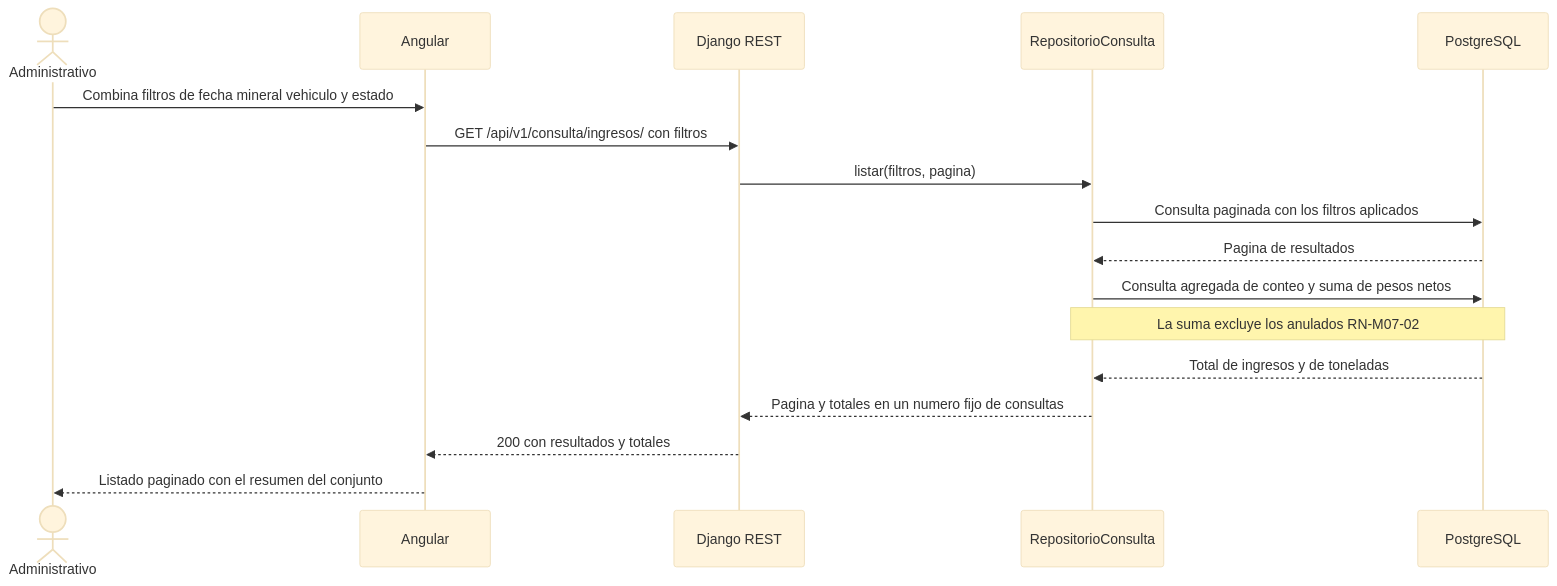
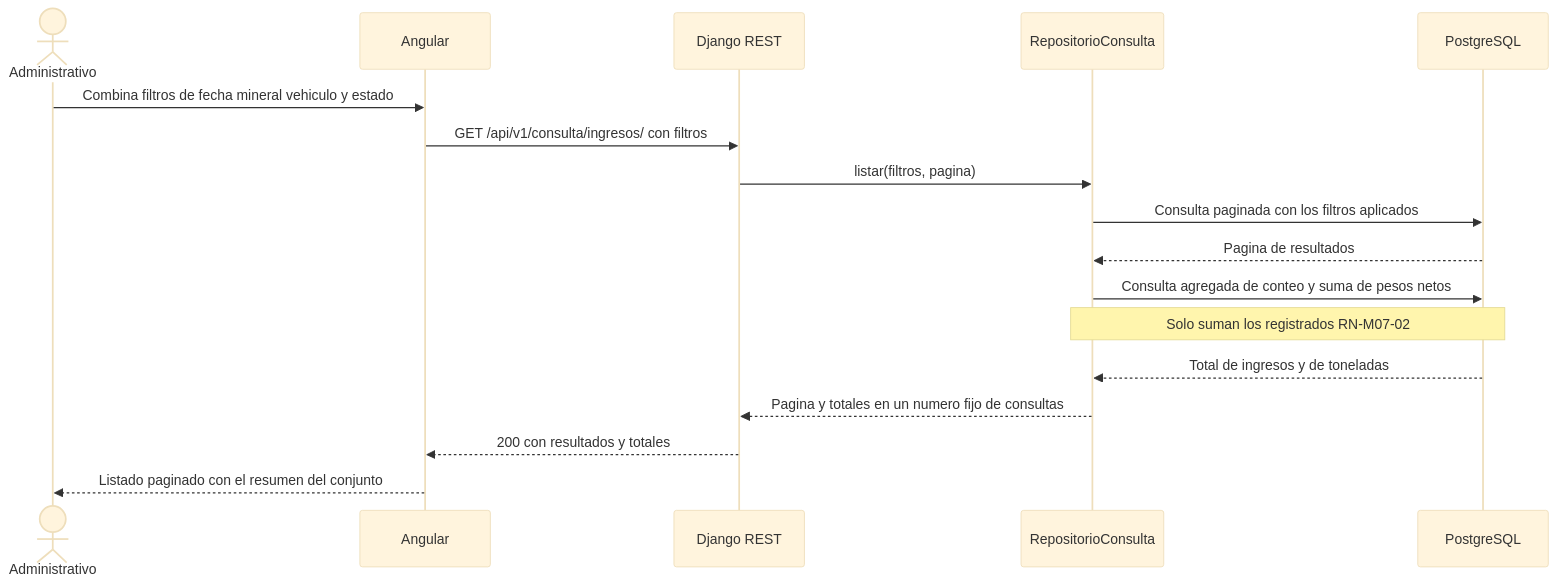
One commit to adlerOmonte1/LogisticaMinera changed the third of 3 diagrams in docs/modulos/M07-consulta/diagramas/secuencia.md. Above: the diagram before and after it, drawn with Mermaid (base theme). The commit also changed 91 other files, not shown here.

````diff
--- a/docs/modulos/M07-consulta/diagramas/secuencia.md
+++ b/docs/modulos/M07-consulta/diagramas/secuencia.md
@@ -81,20 +81,20 @@
 ```mermaid
 sequenceDiagram
     actor A as Administrativo
     participant NG as Angular
     participant API as Django REST
     participant REP as RepositorioConsulta
     participant DB as PostgreSQL
 
     A->>NG: Combina filtros de fecha mineral vehiculo y estado
     NG->>API: GET /api/v1/consulta/ingresos/ con filtros
     API->>REP: listar(filtros, pagina)
     REP->>DB: Consulta paginada con los filtros aplicados
     DB-->>REP: Pagina de resultados
     REP->>DB: Consulta agregada de conteo y suma de pesos netos
-    Note over REP,DB: La suma excluye los anulados RN-M07-02
+    Note over REP,DB: Solo suman los registrados RN-M07-02
     DB-->>REP: Total de ingresos y de toneladas
     REP-->>API: Pagina y totales en un numero fijo de consultas
     API-->>NG: 200 con resultados y totales
     NG-->>A: Listado paginado con el resumen del conjunto
 ```
````
